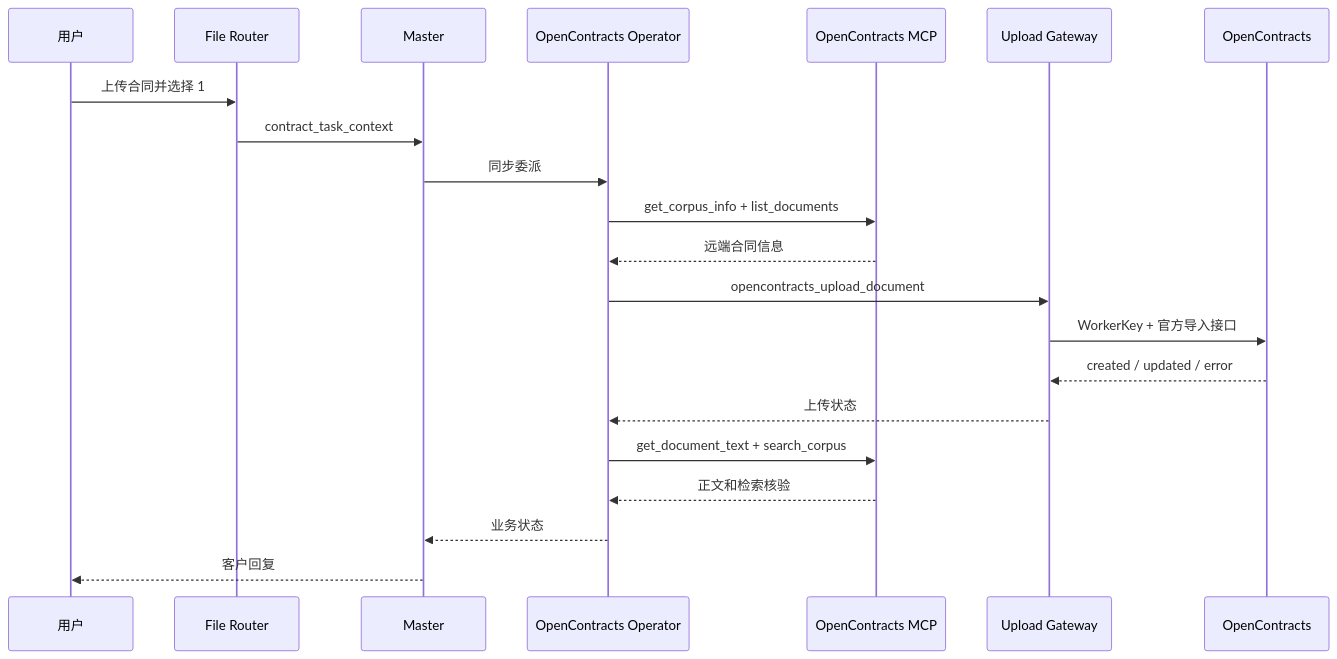
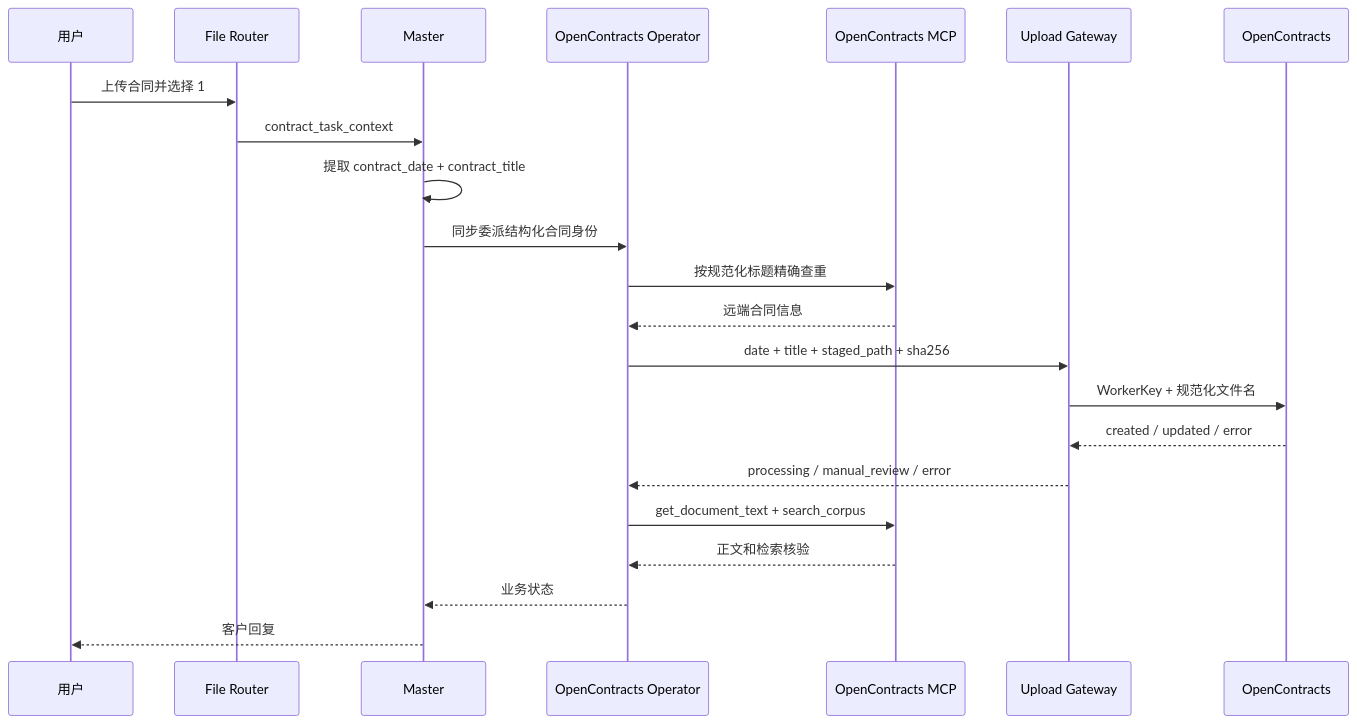
Before and after one commit to Ri0n72Y/ContractBotConfig: the second of 2 diagrams in README.md, drawn with Mermaid. The commit also changed other lines of this file, not shown here.

Commit message:
docs: align root guide with upload safety fixes

````diff
--- a/README.md
+++ b/README.md
@@ -221,24 +219,25 @@
 ```mermaid
 sequenceDiagram
     participant U as 用户
     participant R as File Router
     participant M as Master
     participant O as OpenContracts Operator
     participant MCP as OpenContracts MCP
     participant G as Upload Gateway
     participant OC as OpenContracts
 
     U->>R: 上传合同并选择 1
     R->>M: contract_task_context
-    M->>O: 同步委派
-    O->>MCP: get_corpus_info + list_documents
+    M->>M: 提取 contract_date + contract_title
+    M->>O: 同步委派结构化合同身份
+    O->>MCP: 按规范化标题精确查重
     MCP-->>O: 远端合同信息
-    O->>G: opencontracts_upload_document
-    G->>OC: WorkerKey + 官方导入接口
+    O->>G: date + title + staged_path + sha256
+    G->>OC: WorkerKey + 规范化文件名
     OC-->>G: created / updated / error
-    G-->>O: 上传状态
+    G-->>O: processing / manual_review / error
     O->>MCP: get_document_text + search_corpus
     MCP-->>O: 正文和检索核验
     O-->>M: 业务状态
     M-->>U: 客户回复
 ```
````
